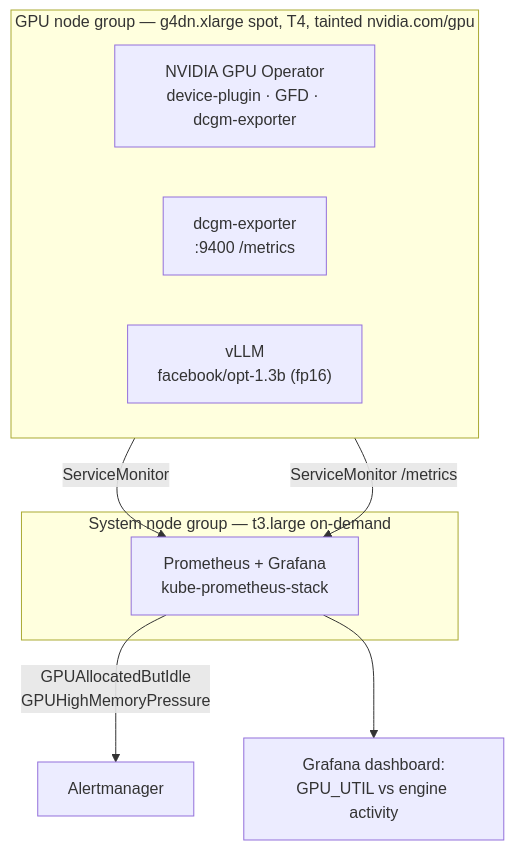
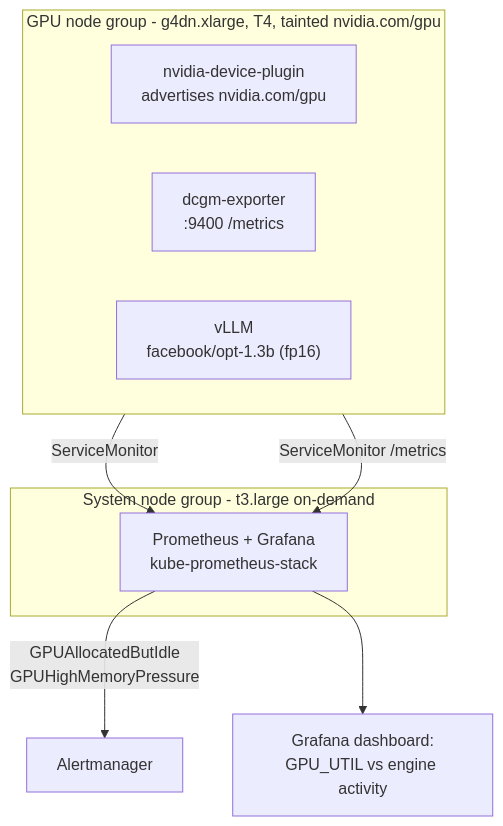
Before and after one commit to bibigon14/gpu-observability-eks: the diagram in README.md, drawn with Mermaid. The commit also changed other lines of this file and 2 other files, not shown here.

````diff
--- a/README.md
+++ b/README.md
@@ -35,18 +55,18 @@
 ```mermaid
 flowchart TB
-  subgraph GPU["GPU node group — g4dn.xlarge spot, T4, tainted nvidia.com/gpu"]
+  subgraph GPU["GPU node group - g4dn.xlarge, T4, tainted nvidia.com/gpu"]
     direction LR
-    OP["NVIDIA GPU Operator<br/>device-plugin · GFD · dcgm-exporter"]
+    DP["nvidia-device-plugin<br/>advertises nvidia.com/gpu"]
     DCGM["dcgm-exporter<br/>:9400 /metrics"]
     VLLM["vLLM<br/>facebook/opt-1.3b (fp16)"]
   end
 
-  subgraph SYS["System node group — t3.large on-demand"]
+  subgraph SYS["System node group - t3.large on-demand"]
     PROM["Prometheus + Grafana<br/>kube-prometheus-stack"]
   end
 
   DCGM -->|ServiceMonitor| PROM
   VLLM -->|ServiceMonitor /metrics| PROM
   PROM -->|"GPUAllocatedButIdle<br/>GPUHighMemoryPressure"| ALERT["Alertmanager"]
   PROM --> DASH["Grafana dashboard:<br/>GPU_UTIL vs engine activity"]
 ```
````
